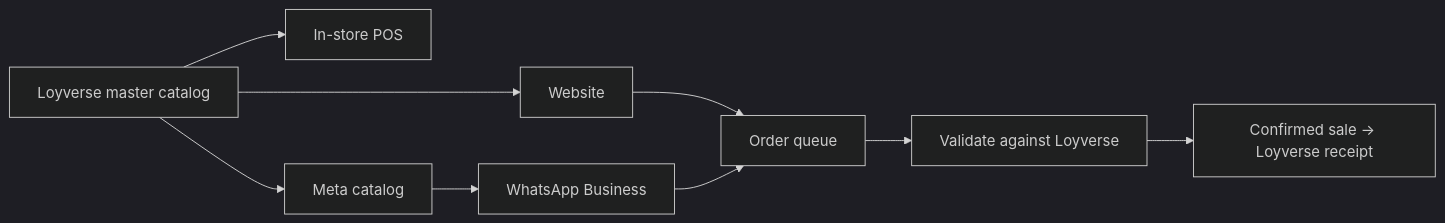
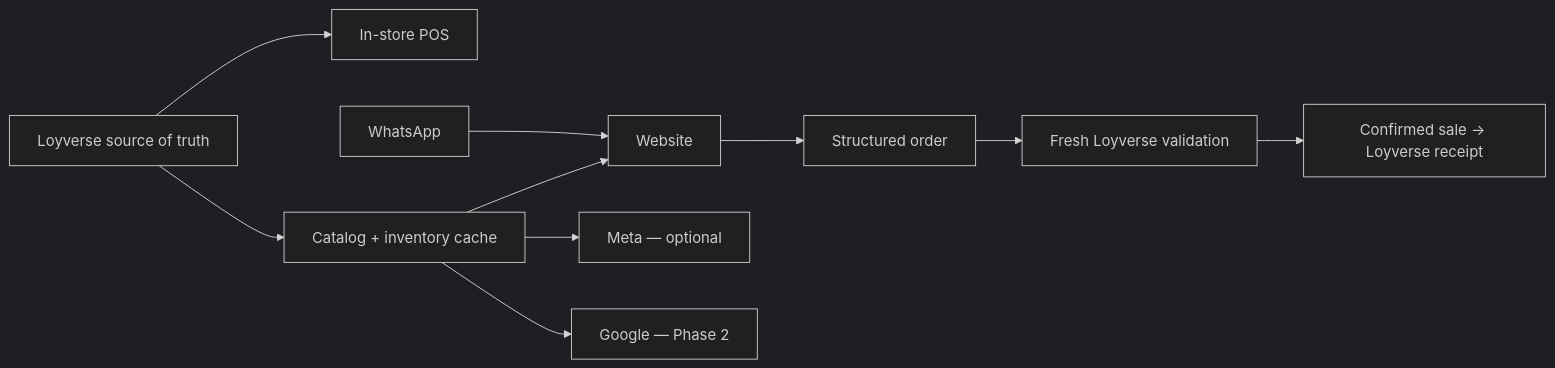
One commit to javierbeargrill-afk/open-restaurant-menu changed the diagram in ROADMAP.md. Above: the diagram before and after it, drawn with Mermaid (dark theme). The commit also changed other lines of this file and 3 other files, not shown here.

````diff
--- a/ROADMAP.md
+++ b/ROADMAP.md
@@ -66,11 +68,12 @@
 ```mermaid
 flowchart LR
-    L["Loyverse master catalog"] --> POS["In-store POS"]
-    L --> WEB["Website"]
-    L --> MC["Meta catalog"]
-    MC --> WA["WhatsApp Business"]
-    WEB --> Q["Order queue"]
-    WA --> Q
-    Q --> CHECK["Validate against Loyverse"]
+    L["Loyverse source of truth"] --> POS["In-store POS"]
+    L --> CACHE["Catalog + inventory cache"]
+    CACHE --> WEB["Website"]
+    WEB --> Q["Structured order"]
+    Q --> CHECK["Fresh Loyverse validation"]
     CHECK --> SALE["Confirmed sale → Loyverse receipt"]
+    CACHE --> META["Meta — optional"]
+    CACHE --> GOOGLE["Google — Phase 2"]
+    WA["WhatsApp"] --> WEB
 ```
````
